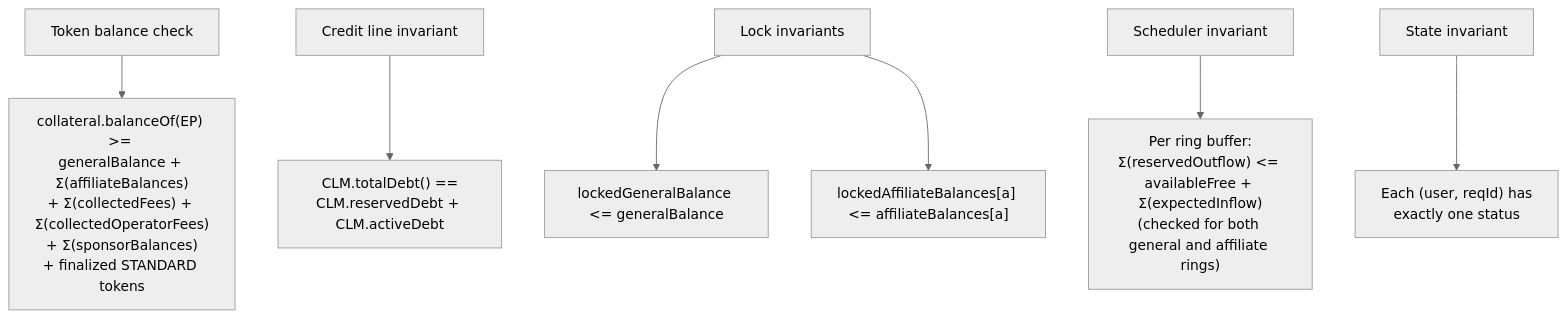
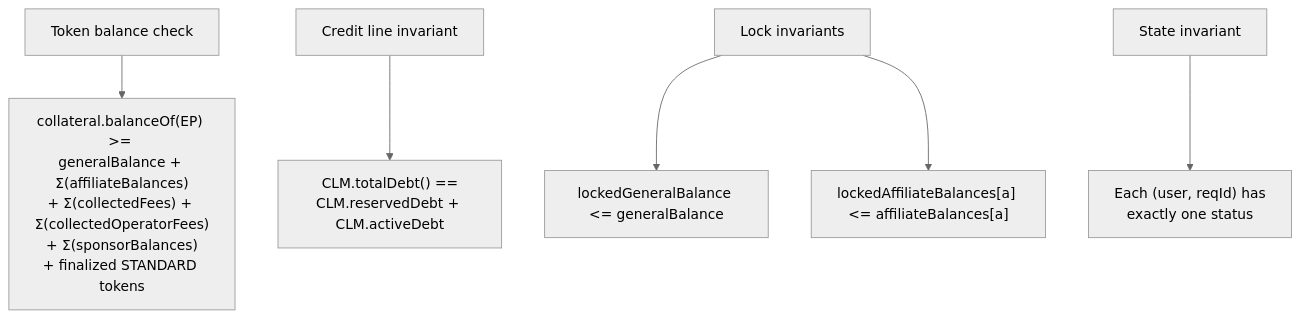
One commit to SYMM-IO/perps-core changed diagram 28 of 29 in docs/v0.8.6/express-bot-operations-checklist.md. Above: the diagram before and after it, drawn with Mermaid (neutral theme). The commit also changed other lines of this file and 14 other files, not shown here.

Commit message:
feat: remove SCHEDULED option type and ring buffer system

````diff
--- a/docs/v0.8.6/express-bot-operations-checklist.md
+++ b/docs/v0.8.6/express-bot-operations-checklist.md
@@ -4548,13 +3844,11 @@
 ```mermaid
 flowchart TD
     A["Token balance check"] --> B["collateral.balanceOf(EP) >= \ngeneralBalance + Σ(affiliateBalances)\n+ Σ(collectedFees) + Σ(collectedOperatorFees)\n+ Σ(sponsorBalances)\n+ finalized STANDARD tokens"]
 
     C["Credit line invariant"] --> D["CLM.totalDebt() ==\nCLM.reservedDebt + CLM.activeDebt"]
 
     E["Lock invariants"] --> F["lockedGeneralBalance <= generalBalance"]
     E --> G["lockedAffiliateBalances[a] <= affiliateBalances[a]"]
 
-    H["Scheduler invariant"] --> I["Per ring buffer:\nΣ(reservedOutflow) <= \navailableFree + Σ(expectedInflow)\n(checked for both general and affiliate rings)"]
-
     J["State invariant"] --> K["Each (user, reqId) has\nexactly one status"]
 ```
````
